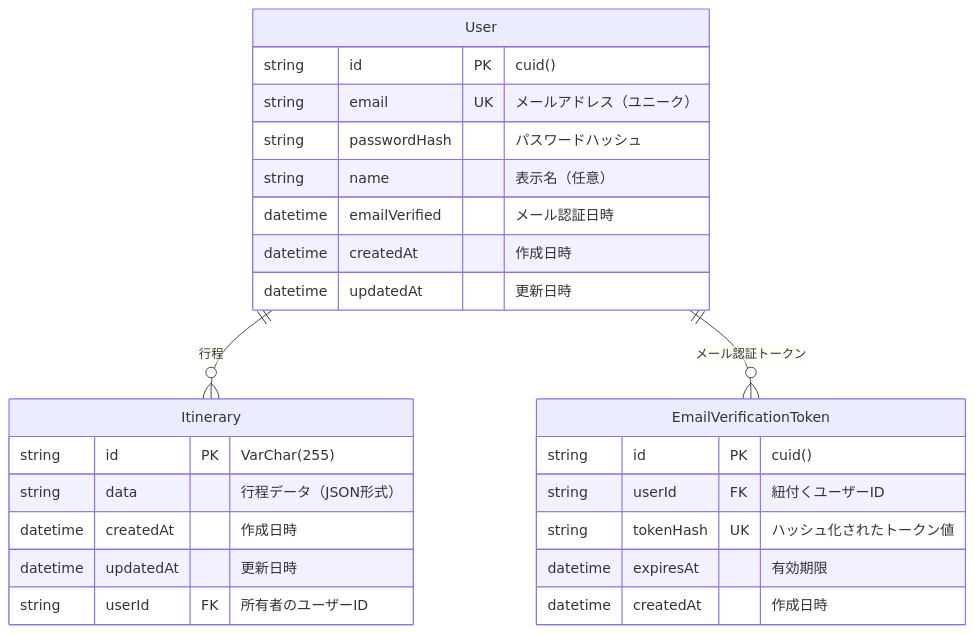
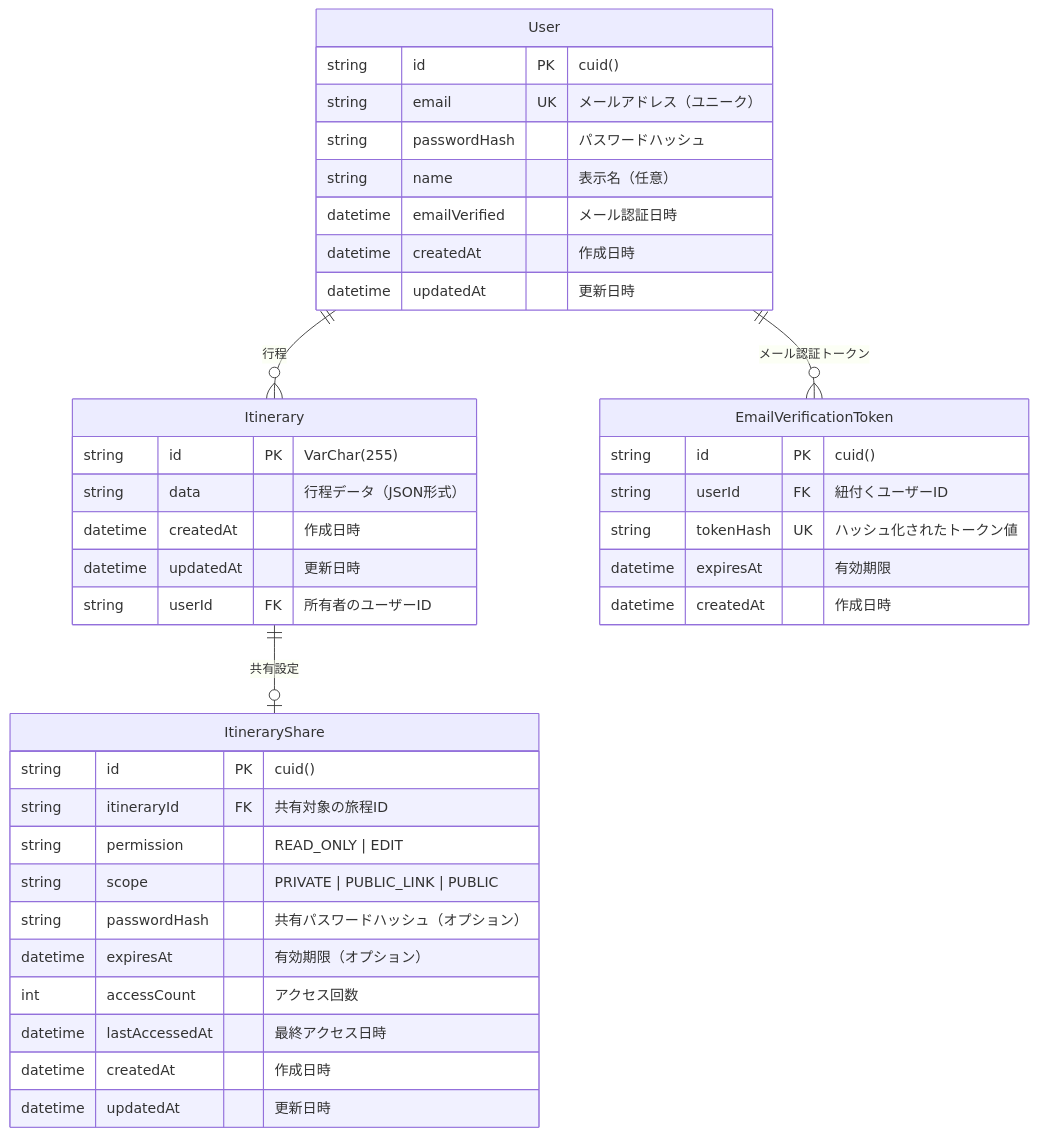
One commit to beita-1024/trip-shiori changed the diagram in docs/database-schema.md. Above: the diagram before and after it, drawn with Mermaid. The commit also changed other lines of this file and 39 other files, not shown here.

````diff
--- a/docs/database-schema.md
+++ b/docs/database-schema.md
@@ -5,31 +5,45 @@
 ```mermaid
 erDiagram
     User {
         string id PK "cuid()"
         string email UK "メールアドレス（ユニーク）"
         string passwordHash "パスワードハッシュ"
         string name "表示名（任意）"
         datetime emailVerified "メール認証日時"
         datetime createdAt "作成日時"
         datetime updatedAt "更新日時"
     }
 
     Itinerary {
         string id PK "VarChar(255)"
         string data "行程データ（JSON形式）"
         datetime createdAt "作成日時"
         datetime updatedAt "更新日時"
         string userId FK "所有者のユーザーID"
     }
 
+    ItineraryShare {
+        string id PK "cuid()"
+        string itineraryId FK "共有対象の旅程ID"
+        string permission "READ_ONLY | EDIT"
+        string scope "PRIVATE | PUBLIC_LINK | PUBLIC"
+        string passwordHash "共有パスワードハッシュ（オプション）"
+        datetime expiresAt "有効期限（オプション）"
+        int accessCount "アクセス回数"
+        datetime lastAccessedAt "最終アクセス日時"
+        datetime createdAt "作成日時"
+        datetime updatedAt "更新日時"
+    }
+
     EmailVerificationToken {
         string id PK "cuid()"
         string userId FK "紐付くユーザーID"
         string tokenHash UK "ハッシュ化されたトークン値"
         datetime expiresAt "有効期限"
         datetime createdAt "作成日時"
     }
 
     User ||--o{ Itinerary : "行程"
     User ||--o{ EmailVerificationToken : "メール認証トークン"
+    Itinerary ||--o| ItineraryShare : "共有設定"
 ```
````
